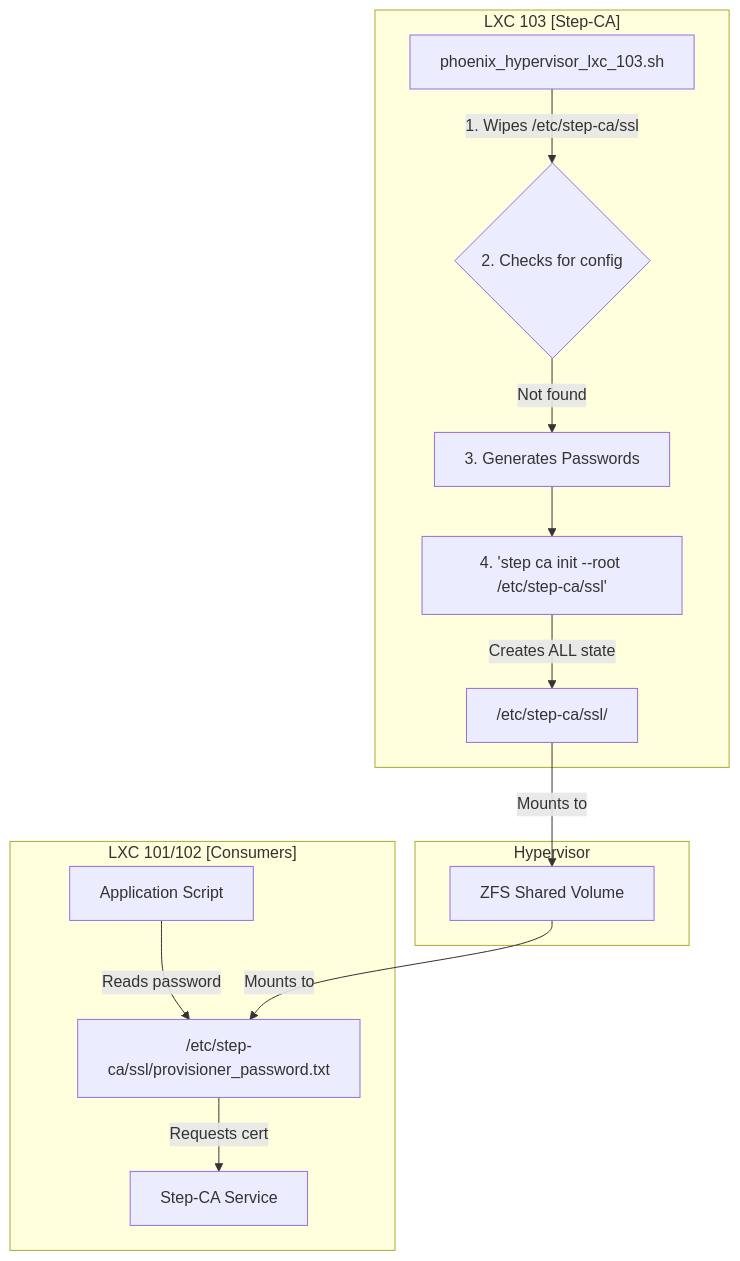
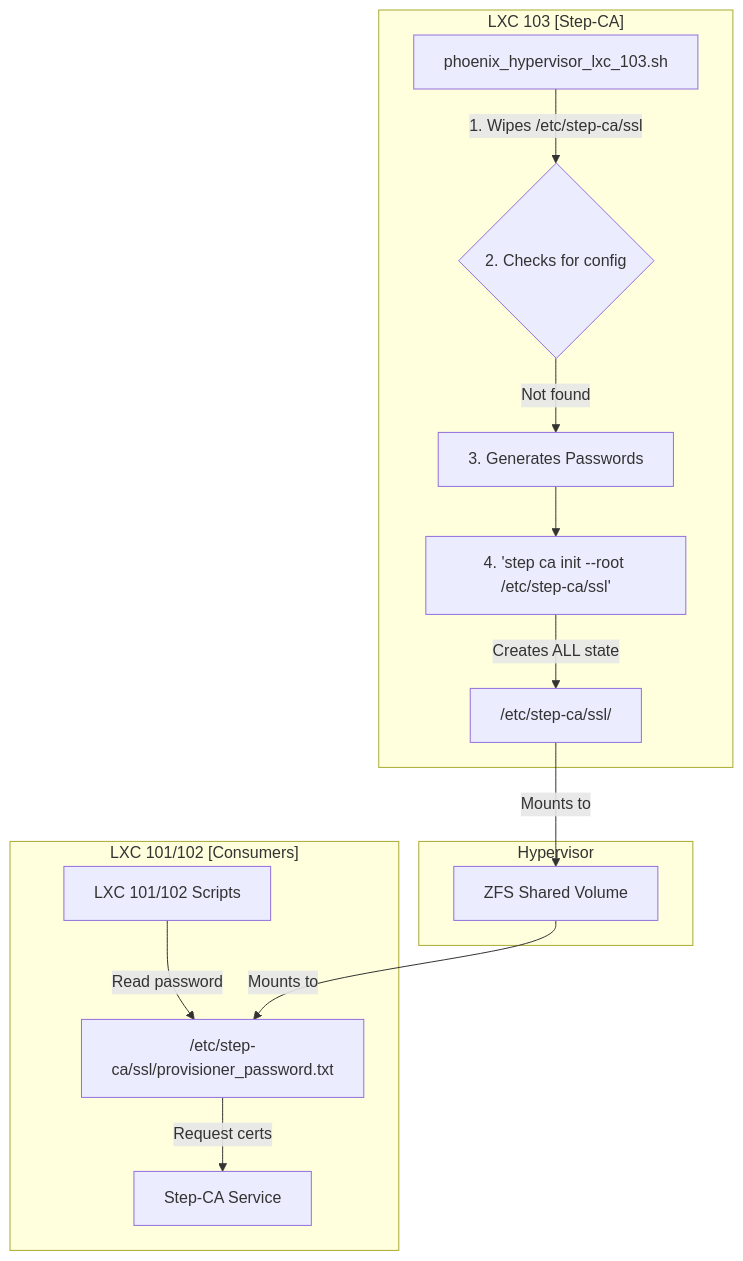
One commit to SirHeads/Testing-ideas changed the first of 3 diagrams in phoenix_infrastructure_review.md. Above: the diagram before and after it, drawn with Mermaid. The commit also changed other lines of this file and 7 other files, not shown here.

````diff
--- a/phoenix_infrastructure_review.md
+++ b/phoenix_infrastructure_review.md
@@ -62,21 +62,21 @@
 ```mermaid
 graph TD
     subgraph "LXC 103 [Step-CA]"
         A["phoenix_hypervisor_lxc_103.sh"] -- "1. Wipes /etc/step-ca/ssl" --> B{"2. Checks for config"};
         B -- "Not found" --> C["3. Generates Passwords"];
         C --> D["4. 'step ca init --root /etc/step-ca/ssl'"];
         D -- "Creates ALL state" --> E["/etc/step-ca/ssl/"];
     end
 
     subgraph "Hypervisor"
         F["ZFS Shared Volume"]
     end
 
     subgraph "LXC 101/102 [Consumers]"
-        G["Application Script"] -- "Reads password" --> H["/etc/step-ca/ssl/provisioner_password.txt"];
-        H -- "Requests cert" --> I["Step-CA Service"];
+        G["LXC 101/102 Scripts"] -- "Read password" --> H["/etc/step-ca/ssl/provisioner_password.txt"];
+        H -- "Request certs" --> I["Step-CA Service"];
     end
 
     E -- "Mounts to" --> F;
     F -- "Mounts to" --> H;
 ```
````
